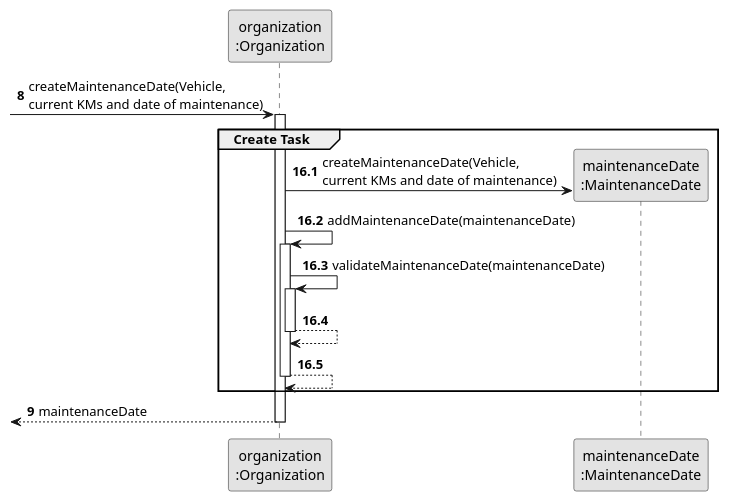
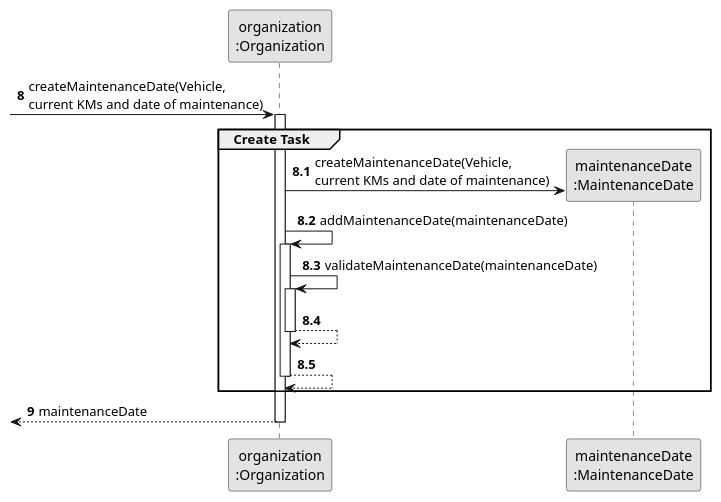
Before and after one commit to tiagosoa/lei-24-s2-1dgh-g073: the diagram in docs/sprint2/us007/03.design/puml/us007-sequence-diagram-partial-create-MaintenanceDate.puml, drawn with PlantUML. The commit also changed 11 other files, not shown here.

```diff
--- a/docs/sprint2/us007/03.design/puml/us007-sequence-diagram-partial-create-MaintenanceDate.puml
+++ b/docs/sprint2/us007/03.design/puml/us007-sequence-diagram-partial-create-MaintenanceDate.puml
@@ -1,36 +1,36 @@
 @startuml
 skinparam monochrome true
 skinparam packageStyle rectangle
 skinparam shadowing false
 
 participant "organization\n:Organization" as ORG
 participant "maintenanceDate\n:MaintenanceDate" as DATE
 autonumber 8
 -> ORG: createMaintenanceDate(Vehicle, \ncurrent KMs and date of maintenance)
 
-autonumber 16.1
+autonumber 8.1
 activate ORG
     group Create Task
 
         ORG -> DATE**: createMaintenanceDate(Vehicle, \ncurrent KMs and date of maintenance)
         ORG -> ORG: addMaintenanceDate(maintenanceDate)
 
 
                         activate ORG
                             ORG -> ORG: validateMaintenanceDate(maintenanceDate)
                             activate ORG
                                 ORG --> ORG
                             deactivate ORG
 
                             ORG --> ORG
                         deactivate ORG
 
 
     end
 
     autonumber 9
     <-- ORG : maintenanceDate
 deactivate ORG
 
 
 @enduml
```
